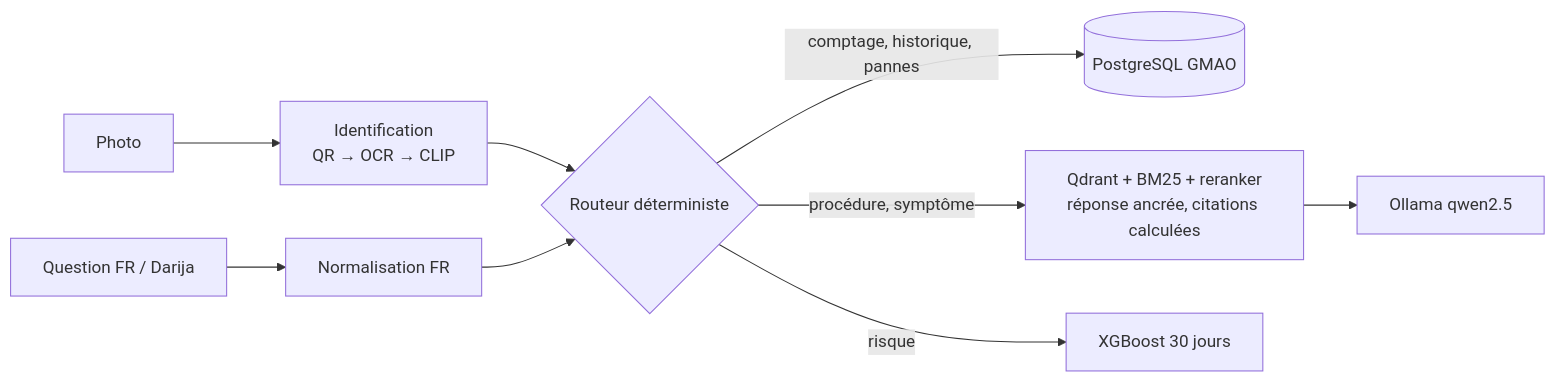
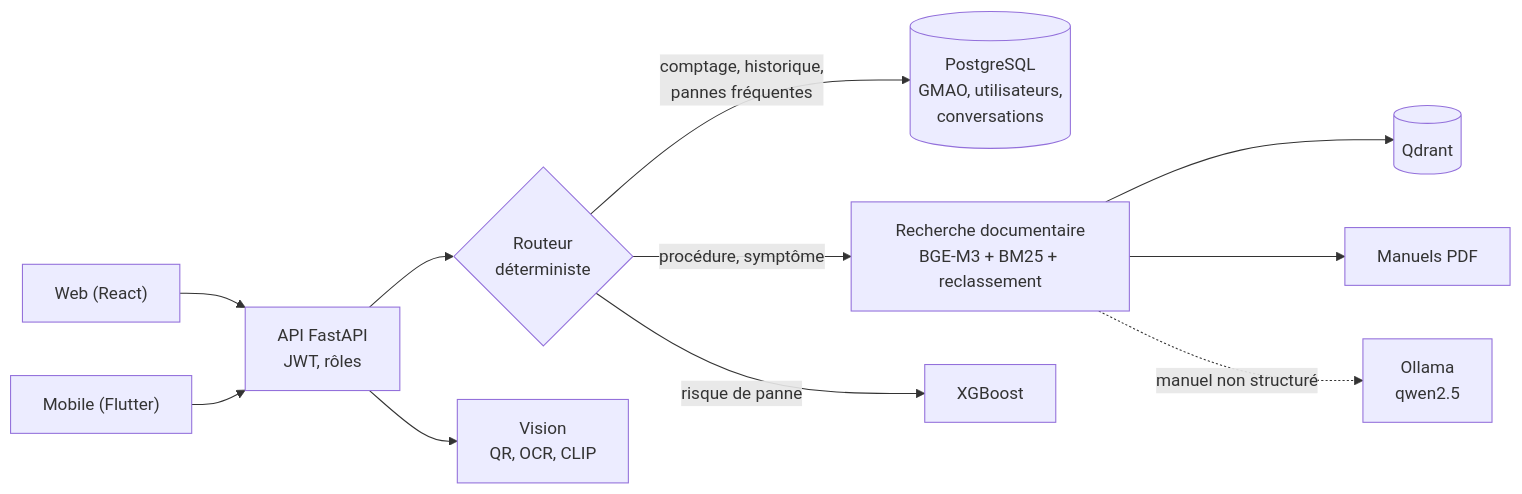
One commit to nawarelhaouat/renault-maintenance-assistan changed the diagram in README.md. Above: the diagram before and after it, drawn with Mermaid. The commit also changed other lines of this file and 5 other files, not shown here.

````diff
--- a/README.md
+++ b/README.md
@@ -6,11 +30,13 @@
 ```mermaid
 flowchart LR
-  P[Photo] --> V[Identification<br/>QR → OCR → CLIP]
-  Q[Question FR / Darija] --> N[Normalisation FR]
-  V --> R{Routeur déterministe}
-  N --> R
-  R -->|comptage, historique, pannes| SQL[(PostgreSQL GMAO)]
-  R -->|procédure, symptôme| RAG[Qdrant + BM25 + reranker<br/>réponse ancrée, citations calculées]
-  R -->|risque| ML[XGBoost 30 jours]
-  RAG --> LLM[Ollama qwen2.5]
+    W["Web (React)"] --> API
+    M["Mobile (Flutter)"] --> API
+    API["API FastAPI<br/>JWT, rôles"] --> R{"Routeur<br/>déterministe"}
+    R -->|"comptage, historique,<br/>pannes fréquentes"| DB[("PostgreSQL<br/>GMAO, utilisateurs,<br/>conversations")]
+    R -->|"procédure, symptôme"| RAG["Recherche documentaire<br/>BGE-M3 + BM25 + reclassement"]
+    RAG --> Q[("Qdrant")]
+    RAG --> PDF["Manuels PDF"]
+    RAG -.->|"manuel non structuré"| LLM["Ollama<br/>qwen2.5"]
+    R -->|"risque de panne"| ML["XGBoost"]
+    API --> V["Vision<br/>QR, OCR, CLIP"]
 ```
````
